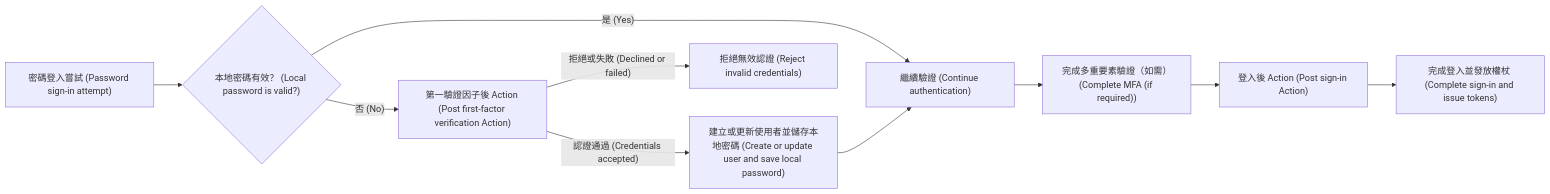
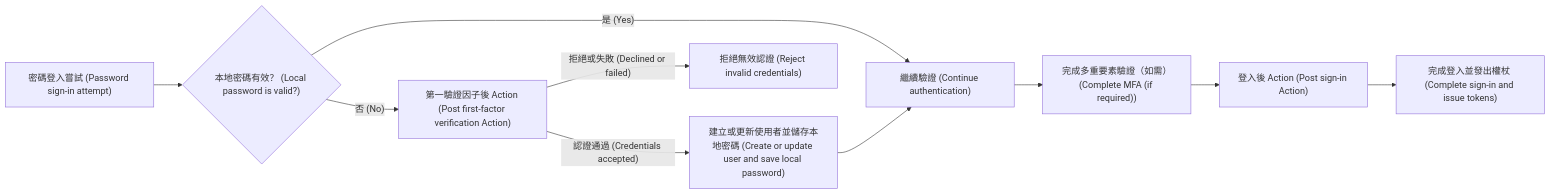
Before and after one commit to logto-io/docs: the diagram in i18n/zh-TW/docusaurus-plugin-content-docs/current/developers/actions/README.mdx, drawn with Mermaid. The commit also changed other lines of this file and 17 other files, not shown here.

````diff
--- a/i18n/zh-TW/docusaurus-plugin-content-docs/current/developers/actions/README.mdx
+++ b/i18n/zh-TW/docusaurus-plugin-content-docs/current/developers/actions/README.mdx
@@ -29,12 +29,12 @@
 ```mermaid
 flowchart LR
   A["密碼登入嘗試 (Password sign-in attempt)"] --> B{"本地密碼有效？ (Local password is valid?)"}
   B -->|"是 (Yes)"| E["繼續驗證 (Continue authentication)"]
   B -->|"否 (No)"| C["第一驗證因子後 Action (Post first-factor verification Action)"]
   C -->|"認證通過 (Credentials accepted)"| D["建立或更新使用者並儲存本地密碼 (Create or update user and save local password)"]
   C -->|"拒絕或失敗 (Declined or failed)"| X["拒絕無效認證 (Reject invalid credentials)"]
   D --> E
   E --> F["完成多重要素驗證（如需）(Complete MFA (if required))"]
   F --> G["登入後 Action (Post sign-in Action)"]
-  G --> H["完成登入並發放權杖 (Complete sign-in and issue tokens)"]
+  G --> H["完成登入並發出權杖 (Complete sign-in and issue tokens)"]
 ```
````
